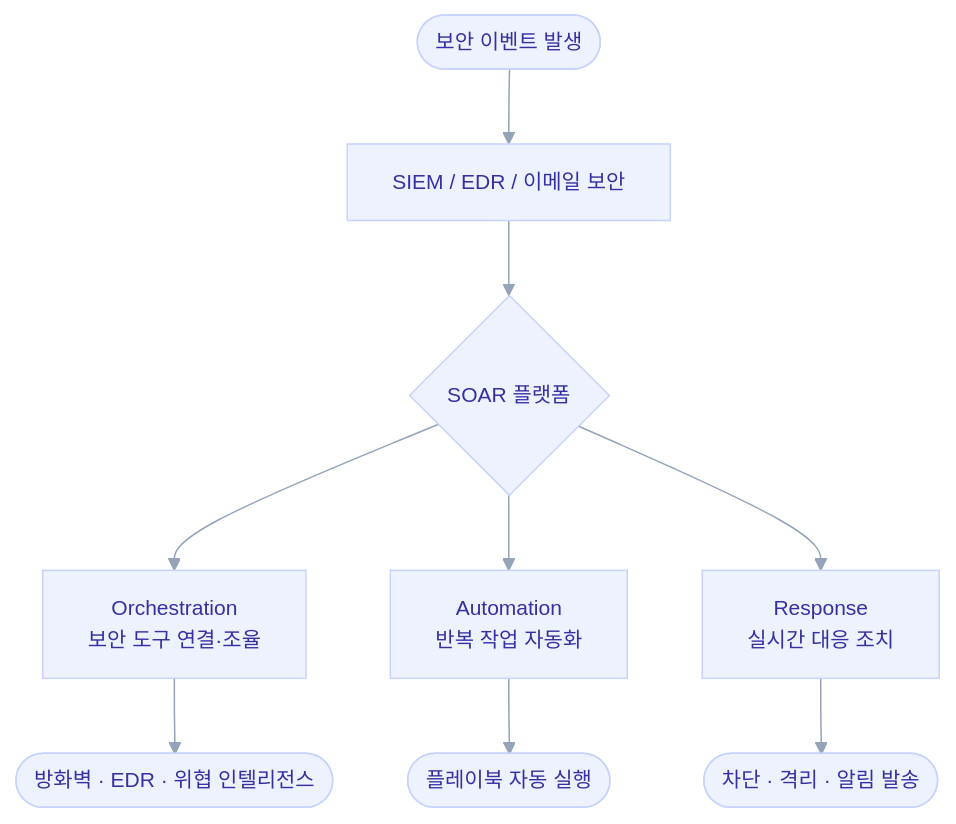
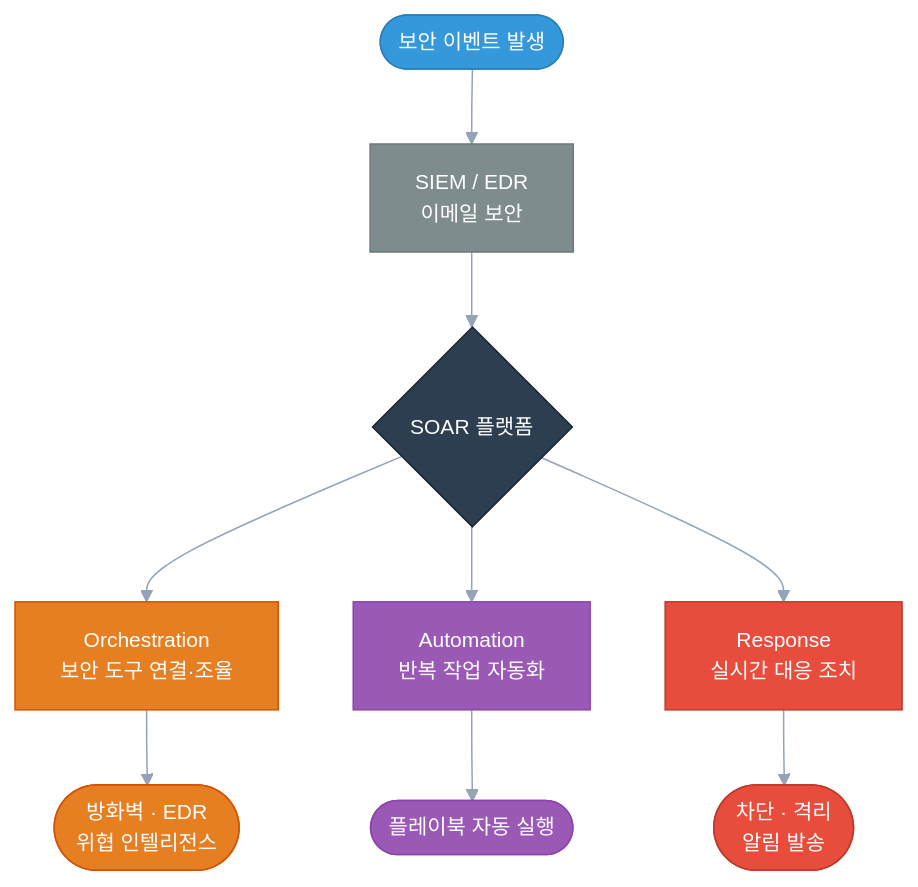
One commit to leekh8/leekh8.github.io changed the first of 3 diagrams in contents/posts/Security/what-is-soar/index.md. Above: the diagram before and after it, drawn with Mermaid. The commit also changed other lines of this file, not shown here.

Commit message:
fix: mermaid br 태그 및 노드 색상 구분 개선

````diff
--- a/contents/posts/Security/what-is-soar/index.md
+++ b/contents/posts/Security/what-is-soar/index.md
@@ -59,23 +59,22 @@
 ```mermaid
-%%{init: {
-  'theme': 'base',
-  'themeVariables': {
-    'primaryColor': '#EEF2FF',
-    'primaryTextColor': '#3730A3',
-    'primaryBorderColor': '#C7D2FE',
-    'lineColor': '#94A3B8',
-    'secondaryColor': '#F0FDF4',
-    'tertiaryColor': '#FFF7ED',
-    'fontSize': '14px'
-  }
-}}%%
+%%{init: {'theme': 'base', 'themeVariables': {'fontSize': '14px', 'lineColor': '#94A3B8'}}}%%
 graph TD
-    A([보안 이벤트 발생]) --> B[SIEM / EDR / 이메일 보안]
-    B --> C{SOAR 플랫폼}
-    C --> D[Orchestration\n보안 도구 연결·조율]
-    C --> E[Automation\n반복 작업 자동화]
-    C --> F[Response\n실시간 대응 조치]
-    D --> G([방화벽 · EDR · 위협 인텔리전스])
-    E --> H([플레이북 자동 실행])
-    F --> I([차단 · 격리 · 알림 발송])
+    A(["보안 이벤트 발생"]) --> B["SIEM / EDR<br/>이메일 보안"]
+    B --> C{"SOAR 플랫폼"}
+    C --> D["Orchestration<br/>보안 도구 연결·조율"]
+    C --> E["Automation<br/>반복 작업 자동화"]
+    C --> F["Response<br/>실시간 대응 조치"]
+    D --> G(["방화벽 · EDR<br/>위협 인텔리전스"])
+    E --> H(["플레이북 자동 실행"])
+    F --> I(["차단 · 격리<br/>알림 발송"])
+
+    style A fill:#3498db,color:#fff,stroke:#2980b9
+    style B fill:#7f8c8d,color:#fff,stroke:#6c7a7d
+    style C fill:#2c3e50,color:#fff,stroke:#1a252f
+    style D fill:#e67e22,color:#fff,stroke:#d35400
+    style E fill:#9b59b6,color:#fff,stroke:#8e44ad
+    style F fill:#e74c3c,color:#fff,stroke:#c0392b
+    style G fill:#e67e22,color:#fff,stroke:#d35400
+    style H fill:#9b59b6,color:#fff,stroke:#8e44ad
+    style I fill:#e74c3c,color:#fff,stroke:#c0392b
 ```
````
